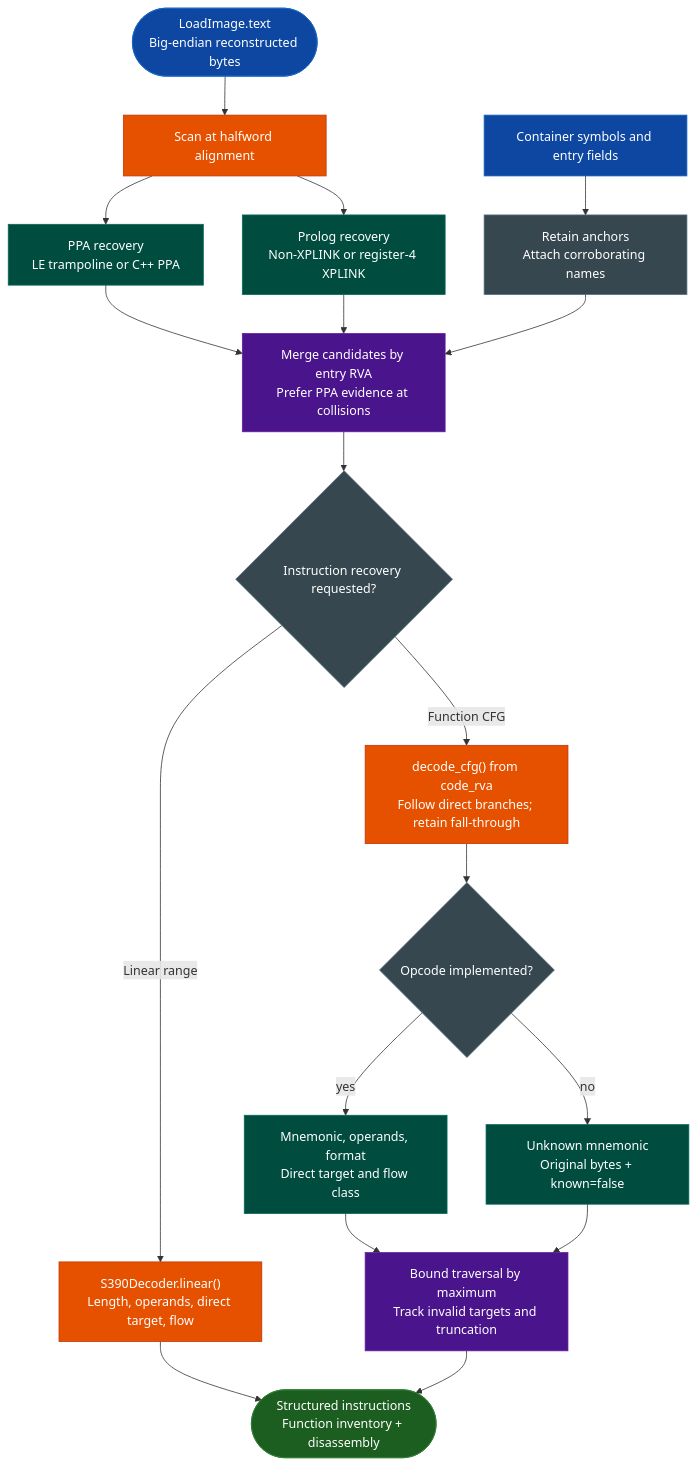
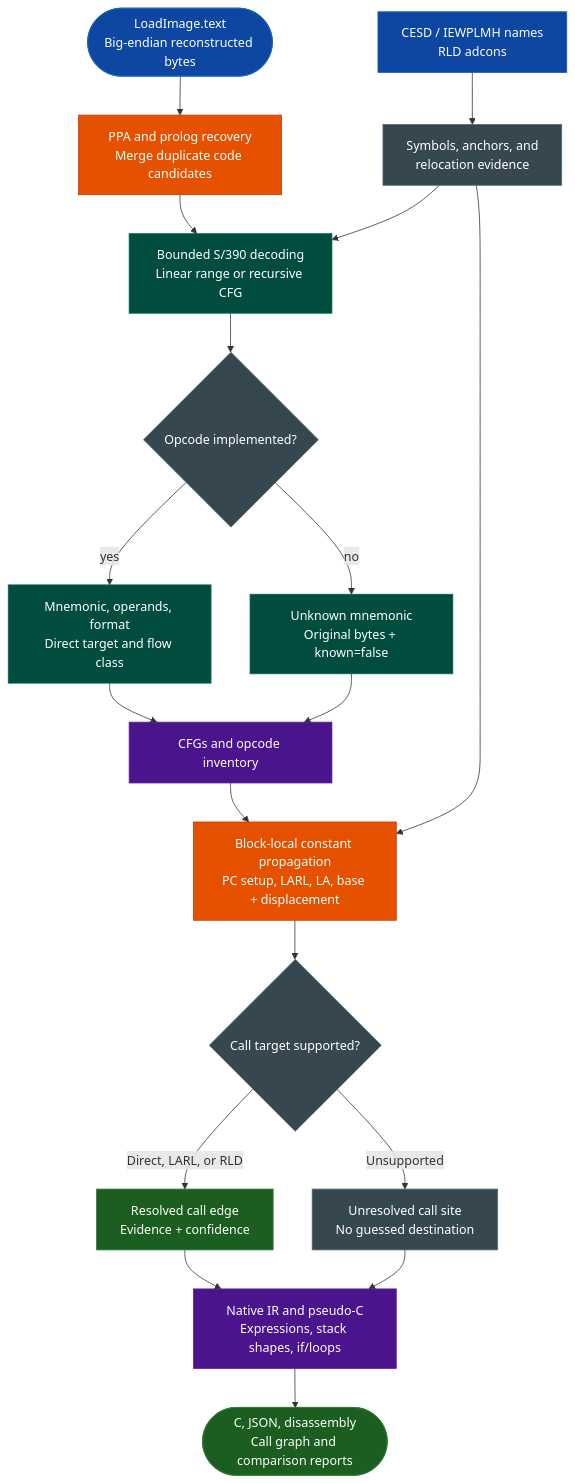
Before and after one commit to Ablation-Tool/ablation: the diagram in docs/reference-modules/s390.md, drawn with Mermaid. The commit also changed other lines of this file and 23 other files, not shown here.

````diff
--- a/docs/reference-modules/s390.md
+++ b/docs/reference-modules/s390.md
@@ -24,26 +26,26 @@
 ```mermaid
 flowchart TD
-    A(["LoadImage.text\nBig-endian reconstructed bytes"]):::input --> B["Scan at halfword alignment"]:::primary
-    B --> C["PPA recovery\nLE trampoline or C++ PPA"]:::secondary
-    B --> D["Prolog recovery\nNon-XPLINK or register-4 XPLINK"]:::secondary
-    C --> E["Merge candidates by entry RVA\nPrefer PPA evidence at collisions"]:::tertiary
+    A(["LoadImage.text\nBig-endian reconstructed bytes"]):::input --> B["PPA and prolog recovery\nMerge duplicate code candidates"]:::primary
+    C["CESD / IEWPLMH names\nRLD adcons"]:::input --> D["Symbols, anchors, and\nrelocation evidence"]:::neutral
+    B --> E["Bounded S/390 decoding\nLinear range or recursive CFG"]:::secondary
     D --> E
-    F["Container symbols and entry fields"]:::input --> G["Retain anchors\nAttach corroborating names"]:::neutral
-    G --> E
-    E --> H{"Instruction recovery requested?"}:::neutral
-    H -->|"Linear range"| I["S390Decoder.linear()\nLength, operands, direct target, flow"]:::primary
-    H -->|"Function CFG"| J["decode_cfg() from code_rva\nFollow direct branches; retain fall-through"]:::primary
-    J --> K{"Opcode implemented?"}:::neutral
-    K -->|"yes"| L["Mnemonic, operands, format\nDirect target and flow class"]:::secondary
-    K -->|"no"| M["Unknown mnemonic\nOriginal bytes + known=false"]:::secondary
-    L --> N["Bound traversal by maximum\nTrack invalid targets and truncation"]:::tertiary
+    E --> F{"Opcode implemented?"}:::neutral
+    F -->|"yes"| G["Mnemonic, operands, format\nDirect target and flow class"]:::secondary
+    F -->|"no"| H["Unknown mnemonic\nOriginal bytes + known=false"]:::secondary
+    G --> I["CFGs and opcode inventory"]:::tertiary
+    H --> I
+    I --> J["Block-local constant propagation\nPC setup, LARL, LA, base + displacement"]:::primary
+    D --> J
+    J --> K{"Call target supported?"}:::neutral
+    K -->|"Direct, LARL, or RLD"| L["Resolved call edge\nEvidence + confidence"]:::output
+    K -->|"Unsupported"| M["Unresolved call site\nNo guessed destination"]:::neutral
+    L --> N["Native IR and pseudo-C\nExpressions, stack shapes, if/loops"]:::tertiary
     M --> N
-    I --> O(["Structured instructions\nFunction inventory + disassembly"]):::output
-    N --> O
+    N --> O(["C, JSON, disassembly\nCall graph and comparison reports"]):::output
     classDef input     fill:#0d47a1,stroke:#1565c0,color:#fff
     classDef primary   fill:#e65100,stroke:#bf360c,color:#fff
     classDef secondary fill:#004d40,stroke:#00695c,color:#fff
     classDef tertiary  fill:#4a148c,stroke:#6a1b9a,color:#fff
     classDef neutral   fill:#37474f,stroke:#546e7a,color:#fff
     classDef output    fill:#1b5e20,stroke:#2e7d32,color:#fff
 ```
````
